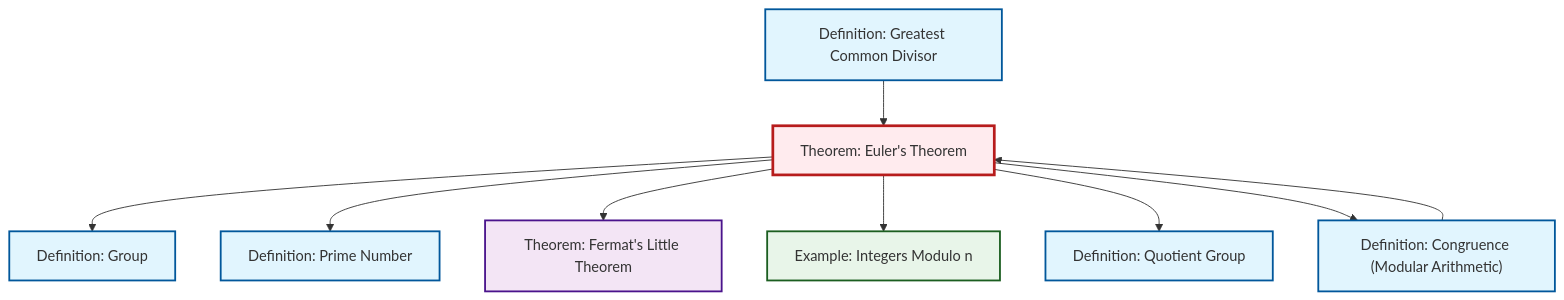
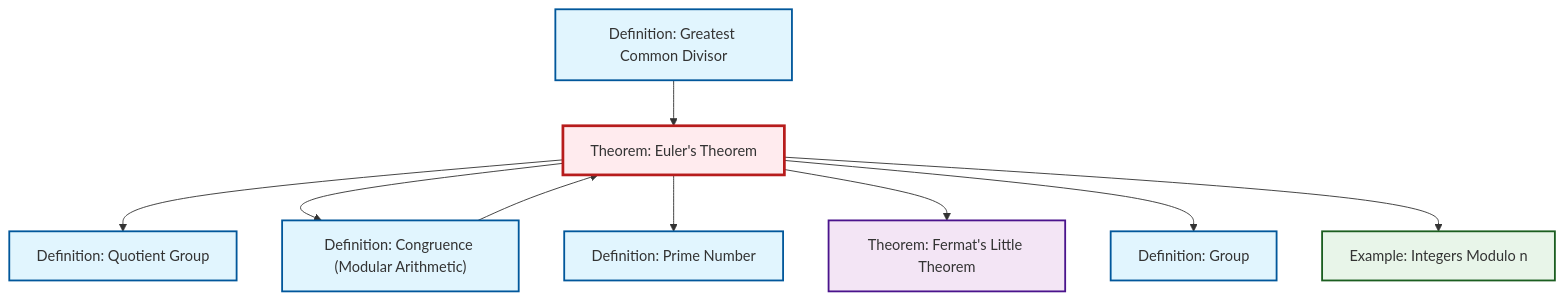
Before and after one commit to RK0429/ModernMath: the diagram in content/en/number-theory/thm-euler.qmd, drawn with Mermaid. The commit also changed other lines of this file and 328 other files, not shown here.

````diff
--- a/content/en/number-theory/thm-euler.qmd
+++ b/content/en/number-theory/thm-euler.qmd
@@ -53,33 +53,33 @@
 ```{mermaid}
 %%| fig-cap: "Local dependency graph"
 graph TD
     classDef definition fill:#e1f5fe,stroke:#01579b,stroke-width:2px
     classDef theorem fill:#f3e5f5,stroke:#4a148c,stroke-width:2px
     classDef axiom fill:#fff3e0,stroke:#e65100,stroke-width:2px
     classDef example fill:#e8f5e9,stroke:#1b5e20,stroke-width:2px
     classDef current fill:#ffebee,stroke:#b71c1c,stroke-width:3px
+    thm-euler["Theorem: Euler's Theorem"]:::theorem
+    ex-quotient-integers-mod-n["Example: Integers Modulo n"]:::example
     thm-fermat-little["Theorem: Fermat's Little Theorem"]:::theorem
-    def-quotient-group["Definition: Quotient Group"]:::definition
-    thm-euler["Theorem: Euler's Theorem"]:::theorem
     def-congruence["Definition: Congruence (Modular Arithmetic)"]:::definition
-    ex-quotient-integers-mod-n["Example: Integers Modulo n"]:::example
-    def-prime["Definition: Prime Number"]:::definition
     def-group["Definition: Group"]:::definition
     def-gcd["Definition: Greatest Common Divisor"]:::definition
+    def-prime["Definition: Prime Number"]:::definition
+    def-quotient-group["Definition: Quotient Group"]:::definition
+    thm-euler --> def-quotient-group
+    def-congruence --> thm-euler
+    thm-euler --> def-congruence
+    thm-euler --> def-prime
+    def-gcd --> thm-euler
+    thm-euler --> thm-fermat-little
     thm-euler --> def-group
-    def-congruence --> thm-euler
-    def-gcd --> thm-euler
-    thm-euler --> def-prime
-    thm-euler --> thm-fermat-little
     thm-euler --> ex-quotient-integers-mod-n
-    thm-euler --> def-quotient-group
-    thm-euler --> def-congruence
     class thm-euler current
+    click ex-quotient-integers-mod-n "ex-quotient-integers-mod-n.html" "Go to Integers Modulo n example"
     click thm-fermat-little "thm-fermat-little.html" "Go to Fermat's Little Theorem theorem"
-    click def-quotient-group "def-quotient-group.html" "Go to Quotient Group definition"
     click def-congruence "def-congruence.html" "Go to Congruence (Modular Arithmetic) definition"
-    click ex-quotient-integers-mod-n "ex-quotient-integers-mod-n.html" "Go to Integers Modulo n example"
-    click def-prime "def-prime.html" "Go to Prime Number definition"
     click def-group "def-group.html" "Go to Group definition"
     click def-gcd "def-gcd.html" "Go to Greatest Common Divisor definition"
+    click def-prime "def-prime.html" "Go to Prime Number definition"
+    click def-quotient-group "def-quotient-group.html" "Go to Quotient Group definition"
 ```
````
